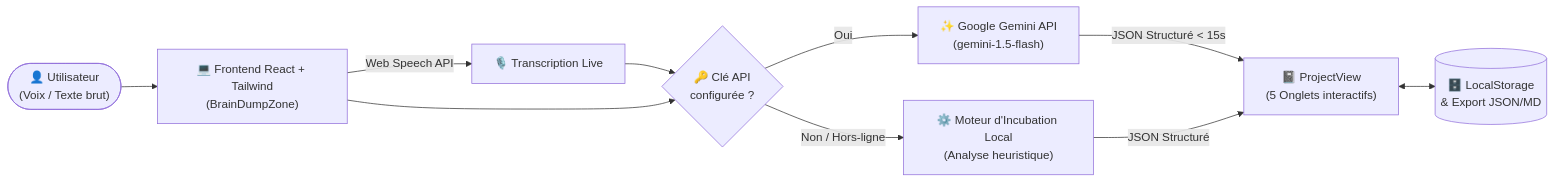
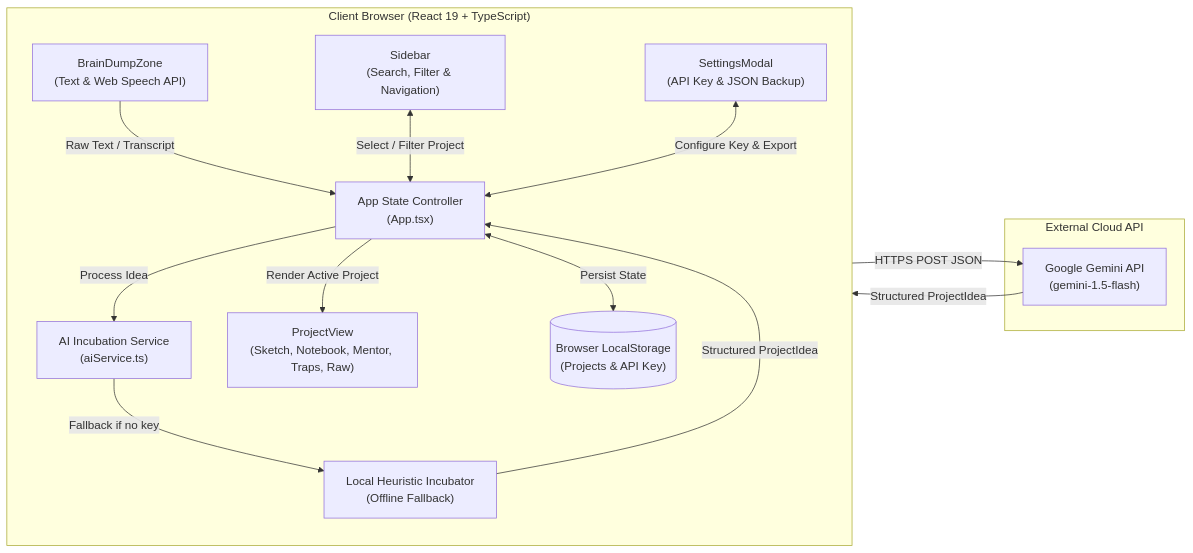
The diagram in README.md (Gab1-Flt/Idea-To-Notebook), drawn with Mermaid before and after one commit. The commit also changed other lines of this file, not shown here.

````diff
--- a/README.md
+++ b/README.md
@@ -80,12 +84,29 @@
 ```mermaid
 flowchart LR
-    User(["👤 Utilisateur\n(Voix / Texte brut)"]) --> UI["💻 Frontend React + Tailwind\n(BrainDumpZone)"]
-    UI -->|Web Speech API| Transcript["🎙️ Transcription Live"]
-    Transcript --> Engine{"🔑 Clé API\nconfigurée ?"}
-    UI --> Engine
-    Engine -->|Oui| Gemini["✨ Google Gemini API\n(gemini-1.5-flash)"]
-    Engine -->|Non / Hors-ligne| Local["⚙️ Moteur d'Incubation Local\n(Analyse heuristique)"]
-    Gemini -->|JSON Structuré < 15s| View["📓 ProjectView\n(5 Onglets interactifs)"]
-    Local -->|JSON Structuré| View
-    View <--> Storage[("🗄️ LocalStorage\n& Export JSON/MD")]
+    subgraph Browser ["Client Browser (React 19 + TypeScript)"]
+        direction TB
+        Input["BrainDumpZone\n(Text & Web Speech API)"]
+        AppState["App State Controller\n(App.tsx)"]
+        SidebarUI["Sidebar\n(Search, Filter & Navigation)"]
+        Workspace["ProjectView\n(Sketch, Notebook, Mentor, Traps, Raw)"]
+        SettingsUI["SettingsModal\n(API Key & JSON Backup)"]
+        AIService["AI Incubation Service\n(aiService.ts)"]
+        LocalEngine["Local Heuristic Incubator\n(Offline Fallback)"]
+        Storage[("Browser LocalStorage\n(Projects & API Key)")]
+    end
+
+    subgraph External ["External Cloud API"]
+        Gemini["Google Gemini API\n(gemini-1.5-flash)"]
+    end
+
+    Input -->|Raw Text / Transcript| AppState
+    SidebarUI <-->|Select / Filter Project| AppState
+    SettingsUI <-->|Configure Key & Export| AppState
+    AppState -->|Process Idea| AIService
+    AIService -->|HTTPS POST JSON| Gemini
+    AIService -->|Fallback if no key| LocalEngine
+    Gemini -->|Structured ProjectIdea| AppState
+    LocalEngine -->|Structured ProjectIdea| AppState
+    AppState -->|Render Active Project| Workspace
+    AppState <-->|Persist State| Storage
 ```
````
